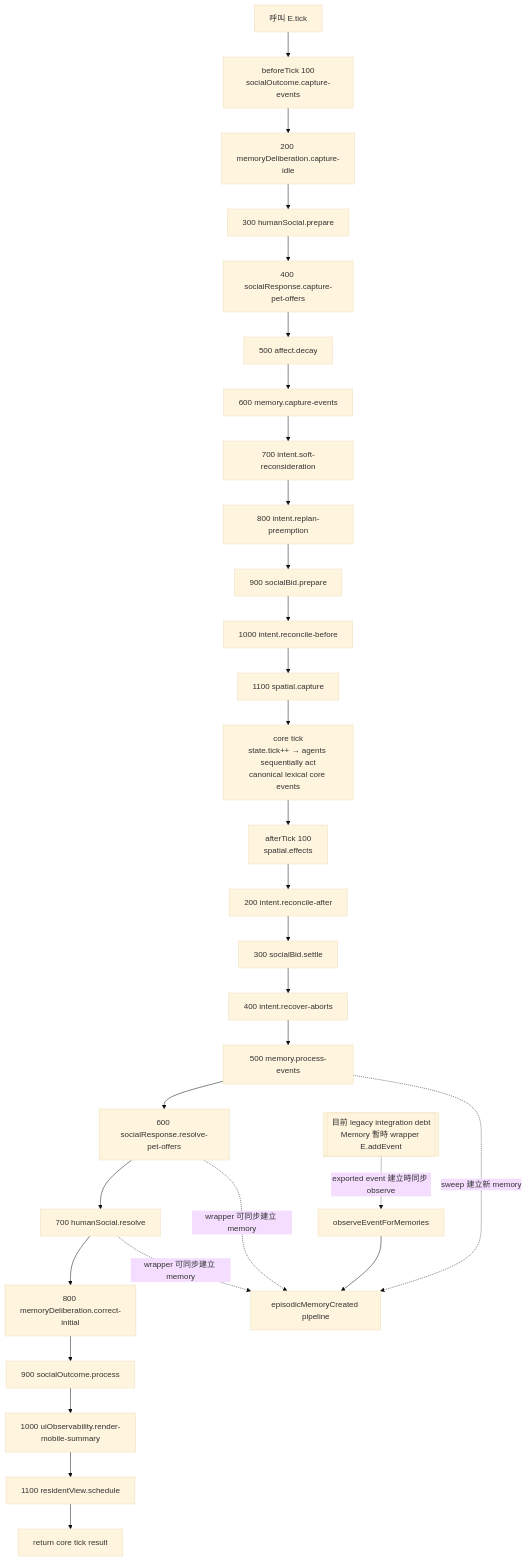
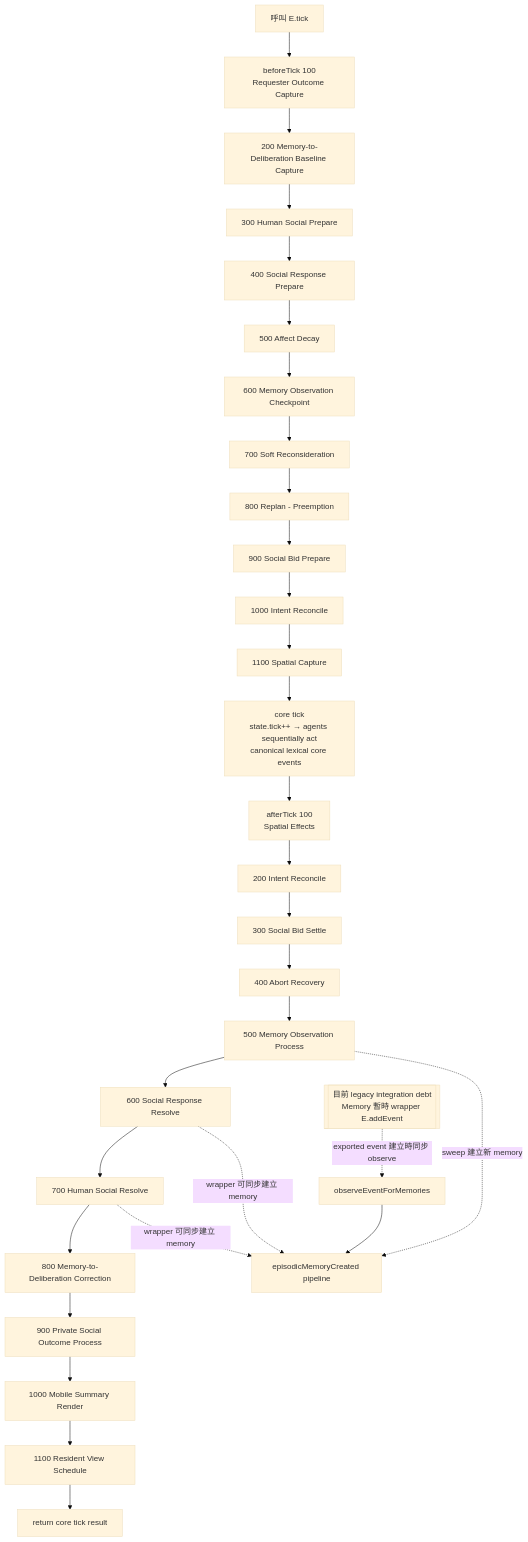
The first of 2 diagrams in docs/tick-pipeline.md (Prysline/emergent-causal-sim), drawn with Mermaid (base theme) before and after one commit. The commit also changed other lines of this file and 2 other files, not shown here.

Commit message:
Clarify pipeline abstraction level

````diff
--- a/docs/tick-pipeline.md
+++ b/docs/tick-pipeline.md
@@ -11,35 +11,35 @@
 ```mermaid
 flowchart TD
-    START[呼叫 E.tick] --> B100[beforeTick 100\nsocialOutcome.capture-events]
-    B100 --> B200[200 memoryDeliberation.capture-idle]
-    B200 --> B300[300 humanSocial.prepare]
-    B300 --> B400[400 socialResponse.capture-pet-offers]
-    B400 --> B500[500 affect.decay]
-    B500 --> B600[600 memory.capture-events]
-    B600 --> B700[700 intent.soft-reconsideration]
-    B700 --> B800[800 intent.replan-preemption]
-    B800 --> B900[900 socialBid.prepare]
-    B900 --> B1000[1000 intent.reconcile-before]
-    B1000 --> B1100[1100 spatial.capture]
+    START[呼叫 E.tick] --> B100[beforeTick 100\nRequester Outcome Capture]
+    B100 --> B200[200 Memory-to-Deliberation Baseline Capture]
+    B200 --> B300[300 Human Social Prepare]
+    B300 --> B400[400 Social Response Prepare]
+    B400 --> B500[500 Affect Decay]
+    B500 --> B600[600 Memory Observation Checkpoint]
+    B600 --> B700[700 Soft Reconsideration]
+    B700 --> B800[800 Replan - Preemption]
+    B800 --> B900[900 Social Bid Prepare]
+    B900 --> B1000[1000 Intent Reconcile]
+    B1000 --> B1100[1100 Spatial Capture]
 
     B1100 --> CORE[core tick\nstate.tick++ → agents sequentially act\ncanonical lexical core events]
 
-    CORE --> A100[afterTick 100\nspatial.effects]
-    A100 --> A200[200 intent.reconcile-after]
-    A200 --> A300[300 socialBid.settle]
-    A300 --> A400[400 intent.recover-aborts]
-    A400 --> A500[500 memory.process-events]
-    A500 --> A600[600 socialResponse.resolve-pet-offers]
-    A600 --> A700[700 humanSocial.resolve]
-    A700 --> A800[800 memoryDeliberation.correct-initial]
-    A800 --> A900[900 socialOutcome.process]
-    A900 --> A1000[1000 uiObservability.render-mobile-summary]
-    A1000 --> A1100[1100 residentView.schedule]
+    CORE --> A100[afterTick 100\nSpatial Effects]
+    A100 --> A200[200 Intent Reconcile]
+    A200 --> A300[300 Social Bid Settle]
+    A300 --> A400[400 Abort Recovery]
+    A400 --> A500[500 Memory Observation Process]
+    A500 --> A600[600 Social Response Resolve]
+    A600 --> A700[700 Human Social Resolve]
+    A700 --> A800[800 Memory-to-Deliberation Correction]
+    A800 --> A900[900 Private Social Outcome Process]
+    A900 --> A1000[1000 Mobile Summary Render]
+    A1000 --> A1100[1100 Resident View Schedule]
     A1100 --> END[return core tick result]
 
     WRAP[[目前 legacy integration debt\nMemory 暫時 wrapper E.addEvent]] -. exported event 建立時同步 observe .-> MEM[observeEventForMemories]
     MEM --> EMC[episodicMemoryCreated pipeline]
     A500 -. sweep 建立新 memory .-> EMC
     A600 -. wrapper 可同步建立 memory .-> EMC
     A700 -. wrapper 可同步建立 memory .-> EMC
 ```
````
